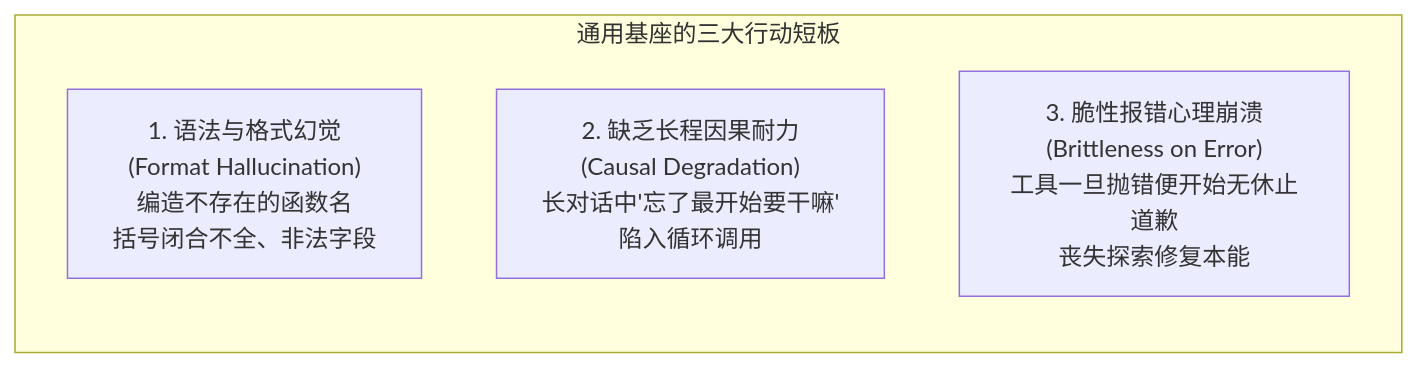
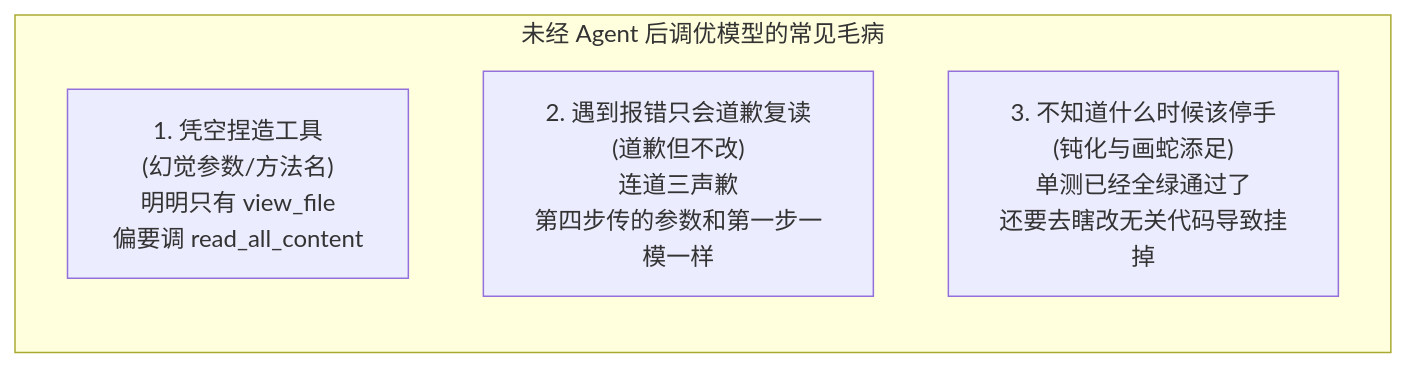
The second of 3 diagrams in app/ch08-post-training/01-why-general-models-fail-agents/page.mdx (ljh12138164/ai-agent-study), drawn with Mermaid before and after one commit. The commit also changed other lines of this file and 43 other files, not shown here.

````diff
--- a/app/ch08-post-training/01-why-general-models-fail-agents/page.mdx
+++ b/app/ch08-post-training/01-why-general-models-fail-agents/page.mdx
@@ -38,8 +40,8 @@
 ```mermaid
-graph LR
-    subgraph Deficiencies["通用基座的三大行动短板"]
-        D1["1. 语法与格式幻觉<br/>(Format Hallucination)<br/>编造不存在的函数名<br/>括号闭合不全、非法字段"]
-        D2["2. 缺乏长程因果耐力<br/>(Causal Degradation)<br/>长对话中'忘了最开始要干嘛'<br/>陷入循环调用"]
-        D3["3. 脆性报错心理崩溃<br/>(Brittleness on Error)<br/>工具一旦抛错便开始无休止道歉<br/>丧失探索修复本能"]
+flowchart LR
+    subgraph Bugs["未经 Agent 后调优模型的常见毛病"]
+        B1["1. 凭空捏造工具<br/>(幻觉参数/方法名)<br/>明明只有 view_file<br/>偏要调 read_all_content"]
+        B2["2. 遇到报错只会道歉复读<br/>(道歉但不改)<br/>连道三声歉<br/>第四步传的参数和第一步一模一样"]
+        B3["3. 不知道什么时候该停手<br/>(钝化与画蛇添足)<br/>单测已经全绿通过了<br/>还要去瞎改无关代码导致挂掉"]
     end
 ```
````
